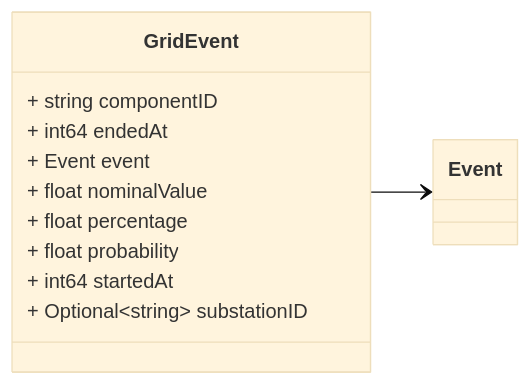
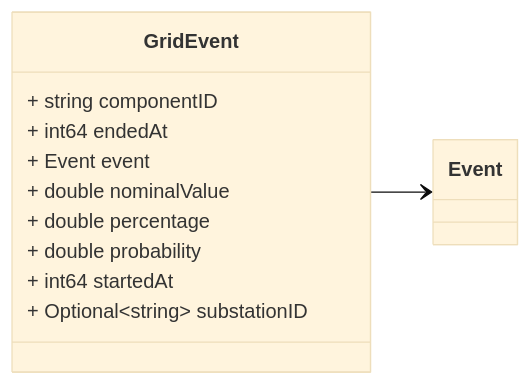
Before and after one commit to zaphiro-technologies/protobuf: the first of 17 diagrams in docs/grid_event.proto.md, drawn with Mermaid (base theme). The commit also changed other lines of this file and 14 other files, not shown here.

````diff
--- a/docs/grid_event.proto.md
+++ b/docs/grid_event.proto.md
@@ -25,25 +28,25 @@
 ```mermaid
 classDiagram
 direction LR
 
 %% A grid event.
 %% Headers used in rabbitMQ (only if not sent as part of `DataSet`):
 %% * `id`: id of the `Event`
 %% * `type`: always `Event`
 %% * `sourceId`: the id of the source (e.g. a PMU) that generated the event.
 %% * `timestampId`: related measurement Unix msec timestamp (if any)
 %% 
 
 class GridEvent {
   + string componentID
   + int64 endedAt
   + Event event
-  + float nominalValue
-  + float percentage
-  + float probability
+  + double nominalValue
+  + double percentage
+  + double probability
   + int64 startedAt
   + Optional~string~ substationID
 }
 GridEvent --> `Event`
 
 ```
````
